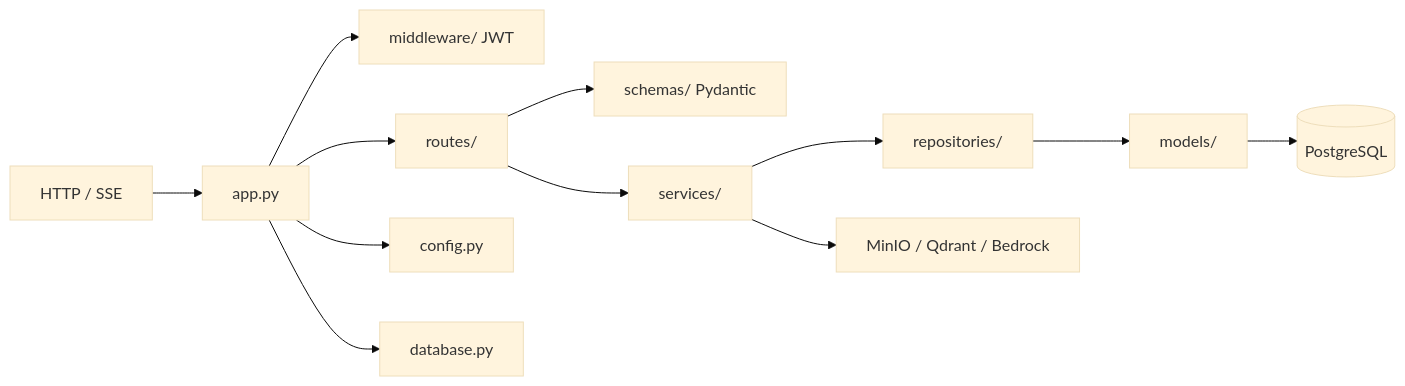
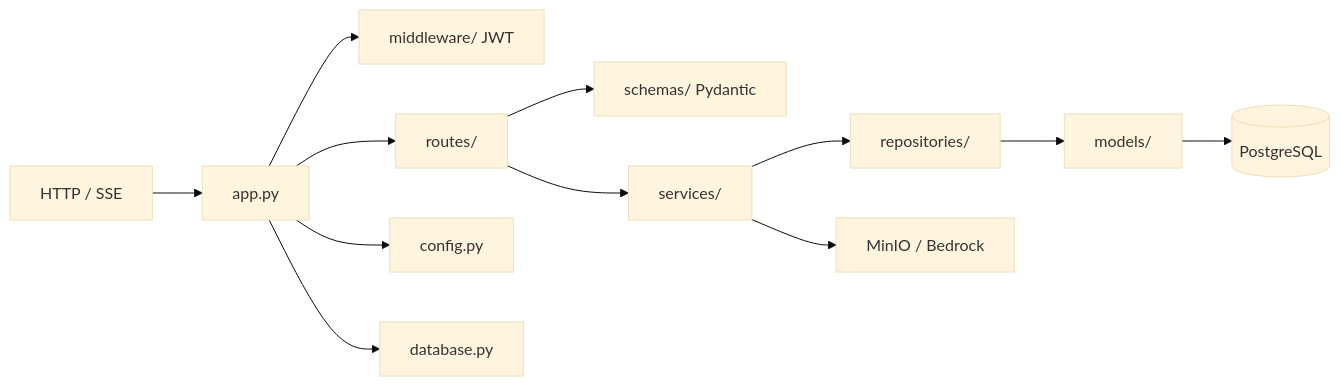
Before and after one commit to cjhirashi/cjhirashi-career: the diagram in cjhirashi-career-api/src/README.md, drawn with Mermaid (base theme). The commit also changed other lines of this file and 81 other files, not shown here.

````diff
--- a/cjhirashi-career-api/src/README.md
+++ b/cjhirashi-career-api/src/README.md
@@ -9,14 +9,14 @@
 ```mermaid
 flowchart LR
     HTTP[HTTP / SSE] --> App[app.py]
     App --> MW[middleware/ JWT]
     App --> Routes[routes/]
     Routes --> Schemas[schemas/ Pydantic]
     Routes --> Services[services/]
     Services --> Repos[repositories/]
     Repos --> Models[models/]
     Models --> PG[(PostgreSQL)]
-    Services --> Ext[MinIO / Qdrant / Bedrock]
+    Services --> Ext[MinIO / Bedrock]
     App --> Config[config.py]
     App --> DB[database.py]
 ```
````
